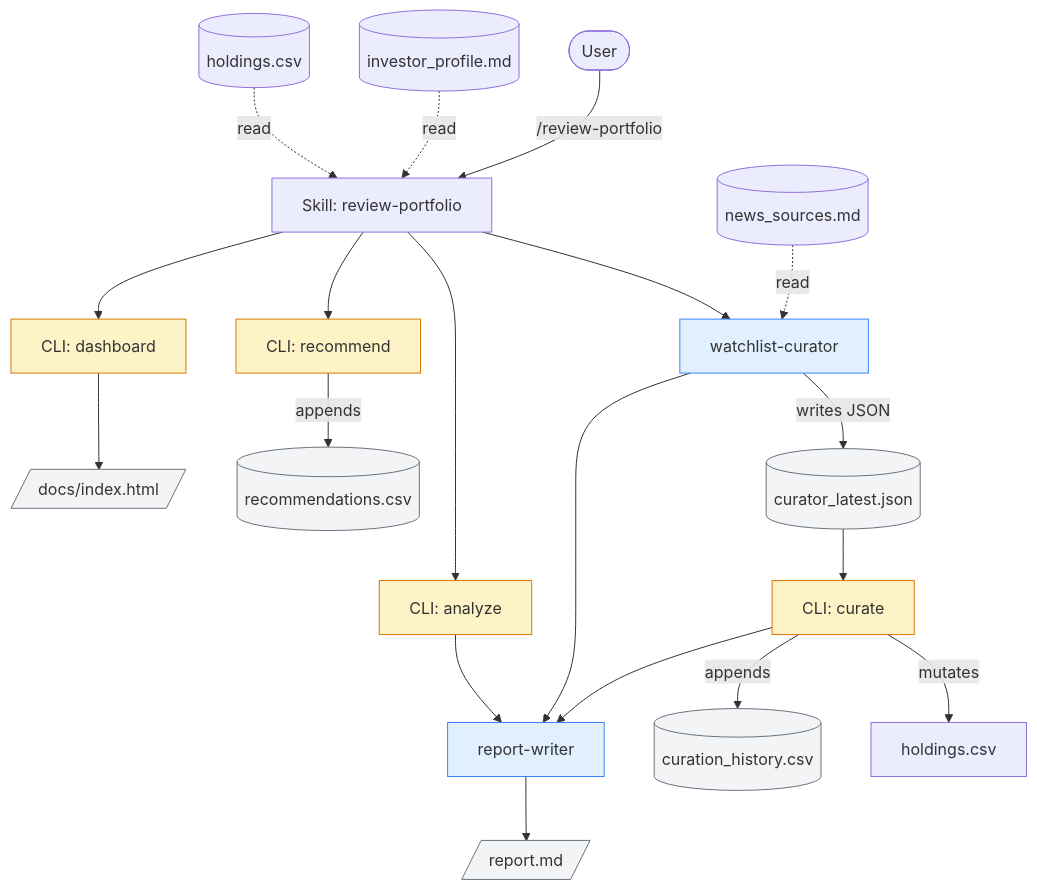
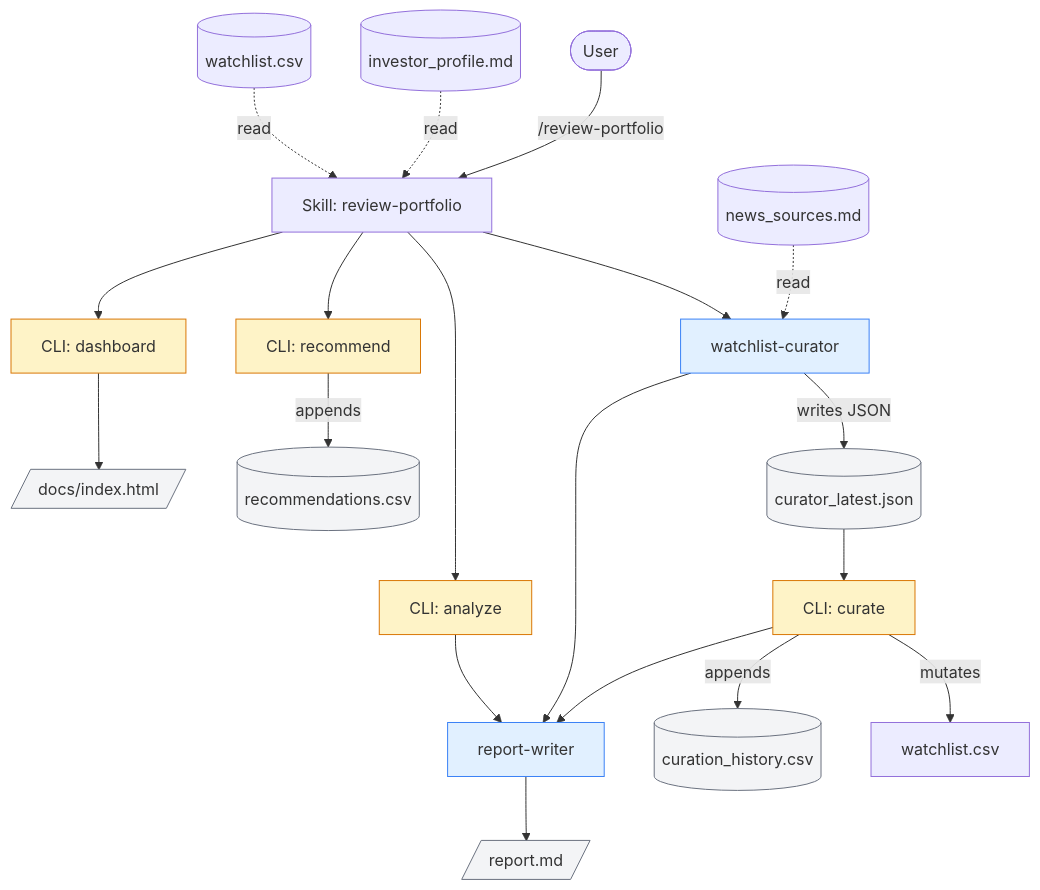
Before and after one commit to joehahn/portfolio-wave-rider: the diagram in REFERENCE.md, drawn with Mermaid. The commit also changed other lines of this file and 10 other files, not shown here.

First line of the commit message:
Split holdings.csv (real positions) from watchlist.csv (curator universe)

````diff
--- a/REFERENCE.md
+++ b/REFERENCE.md
@@ -152,28 +153,28 @@
 ```mermaid
 flowchart TD
     user([User]) -->|/review-portfolio| skill[Skill: review-portfolio]
     profile[(investor_profile.md)] -.read.-> skill
-    holdings[(holdings.csv)] -.read.-> skill
+    watchlist[(watchlist.csv)] -.read.-> skill
     skill --> curator[watchlist-curator]
     sources[(news_sources.md)] -.read.-> curator
     curator -->|writes JSON| latest[(curator_latest.json)]
     latest --> curate[CLI: curate]
-    curate -->|mutates| holdings_w[holdings.csv]
+    curate -->|mutates| watchlist_w[watchlist.csv]
     curate -->|appends| history[(curation_history.csv)]
     skill --> analyze[CLI: analyze]
     skill --> recommend[CLI: recommend]
     recommend -->|appends| recs[(recommendations.csv)]
     analyze --> writer[report-writer]
     curator --> writer
     curate --> writer
     writer --> report[/report.md/]
     skill --> dash[CLI: dashboard]
     dash --> idx[/docs/index.html/]
 
     classDef agent fill:#e1f0ff,stroke:#3b82f6
     classDef cli fill:#fef3c7,stroke:#d97706
     classDef file fill:#f3f4f6,stroke:#6b7280
     class curator,writer agent
     class curate,analyze,recommend,dash cli
     class report,idx,history,latest,recs file
 ```
````
